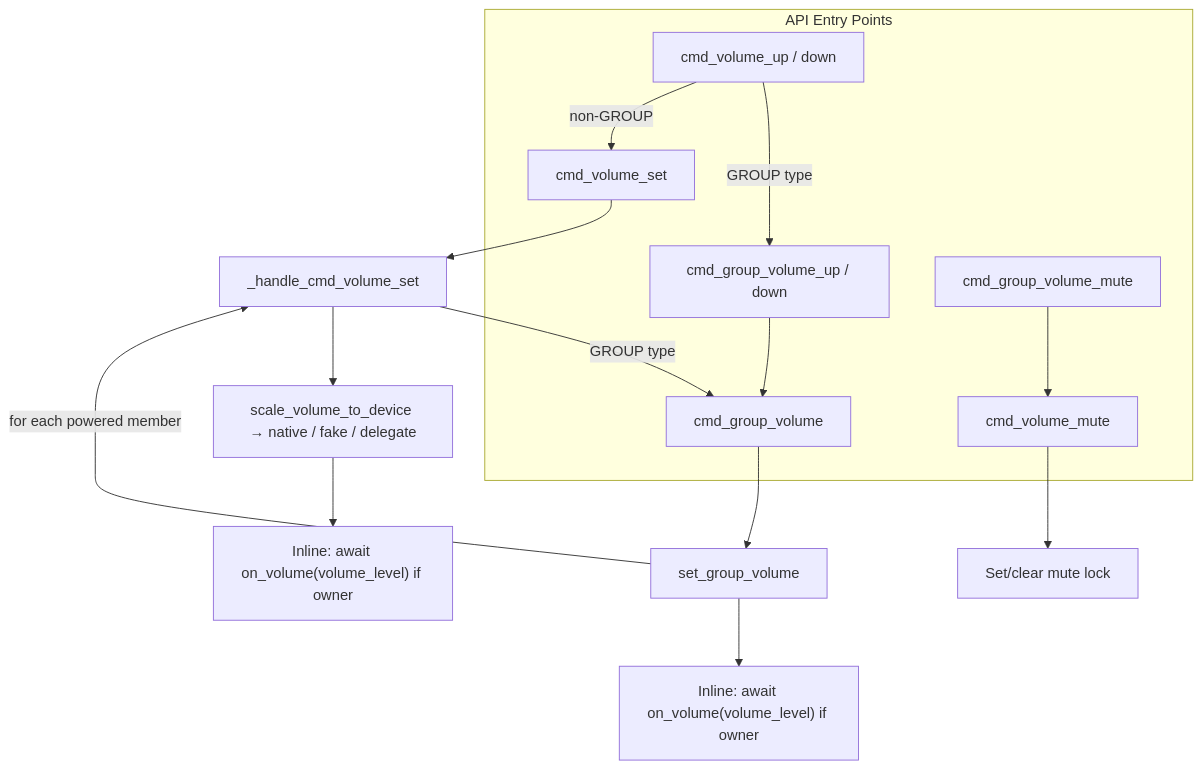
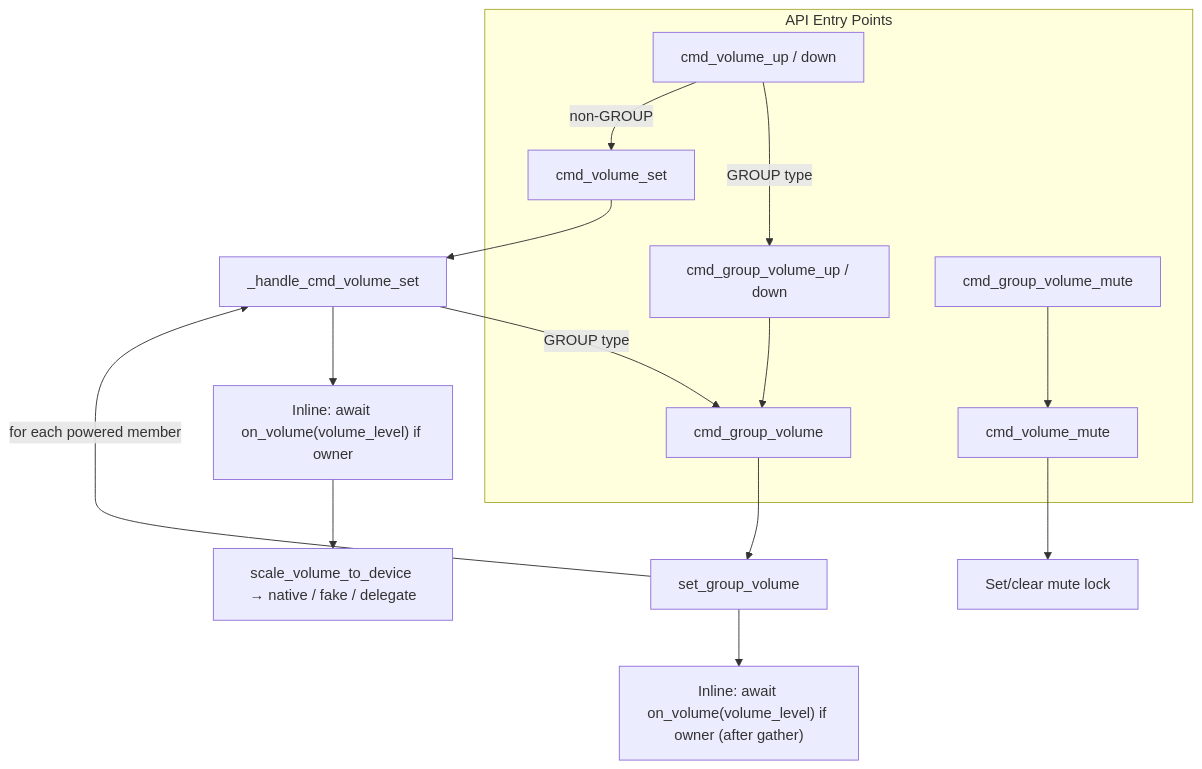
One commit to theturtle32/music-assistant-server changed the second of 2 diagrams in docs/architecture/07-volume.md. Above: the diagram before and after it, drawn with Mermaid. The commit also changed other lines of this file and 1 other file, not shown here.

First line of the commit message:
docs(architecture): document state-update fan-out, locking, deselect_source; fix volume order

````diff
--- a/docs/architecture/07-volume.md
+++ b/docs/architecture/07-volume.md
@@ -253,26 +251,26 @@
 ```mermaid
 flowchart TD
     subgraph "API Entry Points"
         V1[cmd_volume_set]
         V2[cmd_volume_up / down]
         V3[cmd_group_volume]
         V4[cmd_group_volume_up / down]
         V5[cmd_group_volume_mute]
         V6[cmd_volume_mute]
     end
 
     V1 --> HV[_handle_cmd_volume_set]
     V2 -->|GROUP type| V4
     V2 -->|non-GROUP| V1
     V3 --> SGV[set_group_volume]
     V4 --> V3
     V5 --> V6
     V6 --> ML[Set/clear mute lock]
 
     HV -->|GROUP type| V3
-    HV --> VR["scale_volume_to_device → native / fake / delegate"]
-    VR --> PV3["Inline: await on_volume(volume_level) if owner"]
+    HV --> PV3["Inline: await on_volume(volume_level) if owner"]
+    PV3 --> VR["scale_volume_to_device → native / fake / delegate"]
 
     SGV -->|"for each powered member"| HV
-    SGV --> PV2["Inline: await on_volume(volume_level) if owner"]
+    SGV --> PV2["Inline: await on_volume(volume_level) if owner (after gather)"]
 ```
````
